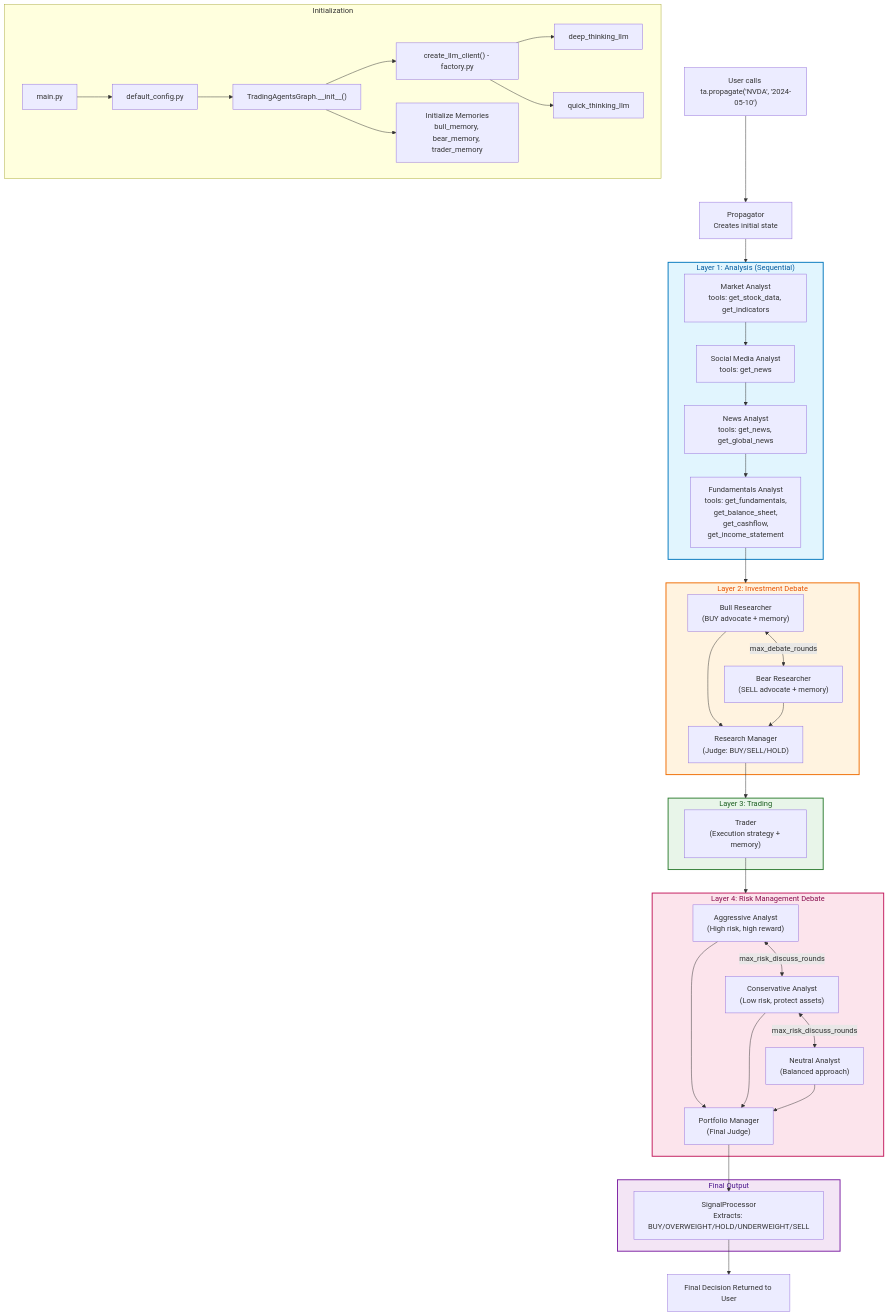
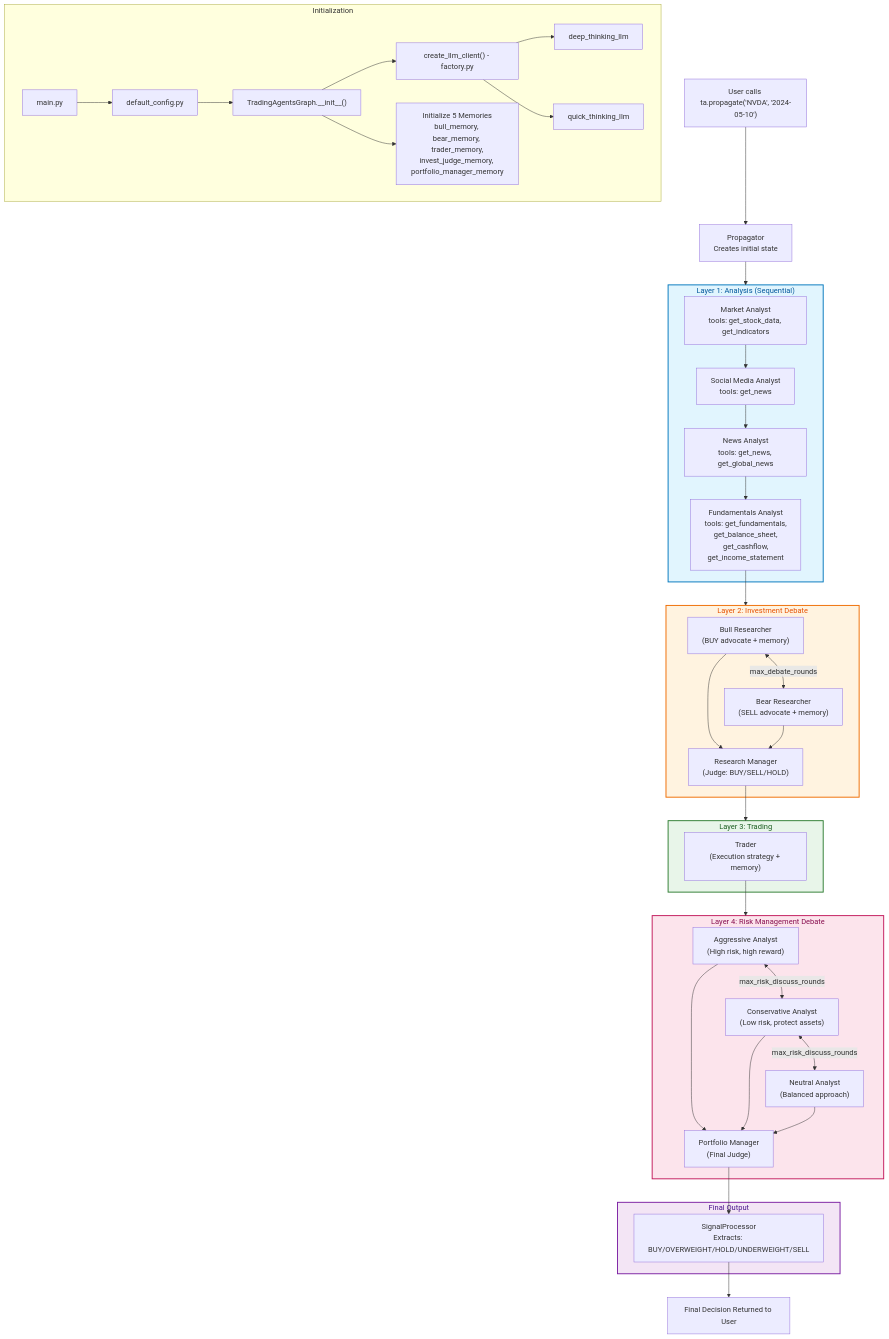
The first of 9 diagrams in docs/proposals/ARCHITECTURE_OVERVIEW.md (TauricResearch/TradingAgents), drawn with Mermaid before and after one commit. The commit also changed 1 other file, not shown here.

Commit message:
docs(rfc): address gemini-code-assist review feedback
  - Architecture: list all 5 memory instances in init diagram
  - Architecture: fix duplicate fill color in ANALYSTS mermaid style
  - RFC: reference existing quick_think_llm (gpt-5.4-mini) instead of gpt-4o-mini
  - RFC: make walk-forward test window configurable (default 20% of N, min 5)
  - RFC: write outputs to config['results_dir'], drop package-local results/ dir

````diff
--- a/docs/proposals/ARCHITECTURE_OVERVIEW.md
+++ b/docs/proposals/ARCHITECTURE_OVERVIEW.md
@@ -22,66 +22,66 @@
 ```mermaid
 flowchart TD
     USER["User calls ta.propagate('NVDA', '2024-05-10')"]
 
     subgraph INIT["Initialization"]
         MAIN["main.py"] --> CONFIG["default_config.py"]
         CONFIG --> GRAPH["TradingAgentsGraph.__init__()"]
         GRAPH --> LLM_FACTORY["create_llm_client() - factory.py"]
         LLM_FACTORY --> DEEP["deep_thinking_llm"]
         LLM_FACTORY --> QUICK["quick_thinking_llm"]
-        GRAPH --> MEM_INIT["Initialize Memories<br/>bull_memory, bear_memory, trader_memory"]
+        GRAPH --> MEM_INIT["Initialize 5 Memories<br/>bull_memory, bear_memory, trader_memory,<br/>invest_judge_memory, portfolio_manager_memory"]
     end
 
     USER --> PROPAGATOR["Propagator<br/>Creates initial state"]
 
     subgraph ANALYSTS["Layer 1: Analysis (Sequential)"]
         MA["Market Analyst<br/>tools: get_stock_data, get_indicators"]
         SA["Social Media Analyst<br/>tools: get_news"]
         NA["News Analyst<br/>tools: get_news, get_global_news"]
         FA["Fundamentals Analyst<br/>tools: get_fundamentals,<br/>get_balance_sheet,<br/>get_cashflow,<br/>get_income_statement"]
         MA --> SA --> NA --> FA
     end
 
     subgraph DEBATE["Layer 2: Investment Debate"]
         BULL["Bull Researcher<br/>(BUY advocate + memory)"]
         BEAR["Bear Researcher<br/>(SELL advocate + memory)"]
         BULL <-->|"max_debate_rounds"| BEAR
         JUDGE["Research Manager<br/>(Judge: BUY/SELL/HOLD)"]
         BULL --> JUDGE
         BEAR --> JUDGE
     end
 
     subgraph TRADE["Layer 3: Trading"]
         TRADER["Trader<br/>(Execution strategy + memory)"]
     end
 
     subgraph RISK["Layer 4: Risk Management Debate"]
         AGG["Aggressive Analyst<br/>(High risk, high reward)"]
         CON["Conservative Analyst<br/>(Low risk, protect assets)"]
         NEU["Neutral Analyst<br/>(Balanced approach)"]
         AGG <-->|"max_risk_discuss_rounds"| CON
         CON <-->|"max_risk_discuss_rounds"| NEU
         PM["Portfolio Manager<br/>(Final Judge)"]
         AGG --> PM
         CON --> PM
         NEU --> PM
     end
 
     subgraph OUTPUT["Final Output"]
         SP["SignalProcessor<br/>Extracts: BUY/OVERWEIGHT/HOLD/UNDERWEIGHT/SELL"]
     end
 
     PROPAGATOR --> ANALYSTS
     FA --> DEBATE
     JUDGE --> TRADE
     TRADER --> RISK
     PM --> SP
 
     SP --> DECISION["Final Decision Returned to User"]
 
-    style ANALYSTS fill:#e1f5fe,e1f5fe,stroke:#0277bd,stroke-width:2px,color:#01579b
+    style ANALYSTS fill:#e1f5fe,stroke:#0277bd,stroke-width:2px,color:#01579b
     style DEBATE fill:#fff3e0,stroke:#ef6c00,stroke-width:2px,color:#e65100
     style TRADE fill:#e8f5e9,stroke:#2e7d32,stroke-width:2px,color:#1b5e20
     style RISK fill:#fce4ec,stroke:#c2185b,stroke-width:2px,color:#880e4f
     style OUTPUT fill:#f3e5f5,stroke:#7b1fa2,stroke-width:2px,color:#4a148c
 ```
````
